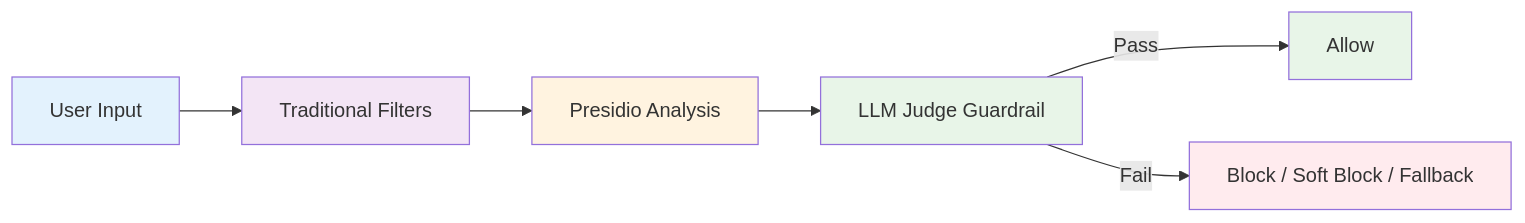
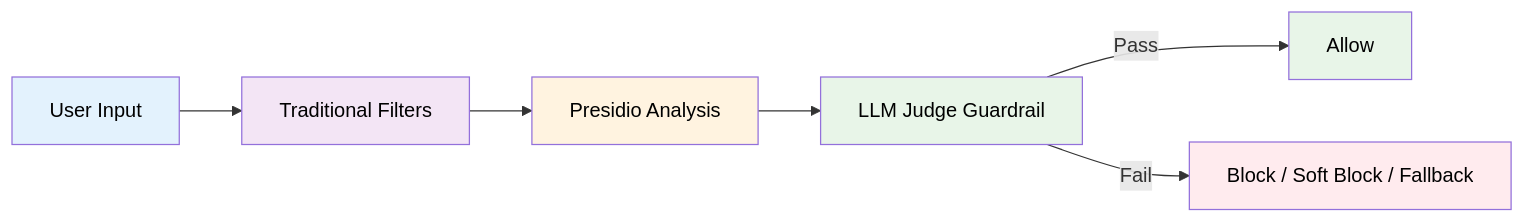
One commit to radicalbit/radicalbit-ai-gateway-docs changed the third of 3 diagrams in docs/features/guardrails.md. Above: the diagram before and after it, drawn with Mermaid. The commit also changed other lines of this file and 5 other files, not shown here.

````diff
--- a/docs/features/guardrails.md
+++ b/docs/features/guardrails.md
@@ -224,15 +224,15 @@
 ```mermaid
 graph LR
     A[User Input] --> B[Traditional Filters]
     B --> C[Presidio Analysis]
     C --> D[LLM Judge Guardrail]
     D -->|Pass| E[Allow]
     D -->|Fail| F[Block / Soft Block / Fallback]
     
-    style A fill:#e3f2fd
-    style B fill:#f3e5f5
-    style C fill:#fff3e0
-    style D fill:#e8f5e8
-    style E fill:#e8f5e8
-    style F fill:#ffebee
+    style A color:#000, fill:#e3f2fd
+    style B color:#000, fill:#f3e5f5
+    style C color:#000, fill:#fff3e0
+    style D color:#000, fill:#e8f5e8
+    style E color:#000, fill:#e8f5e8
+    style F color:#000, fill:#ffebee
 ```
````
